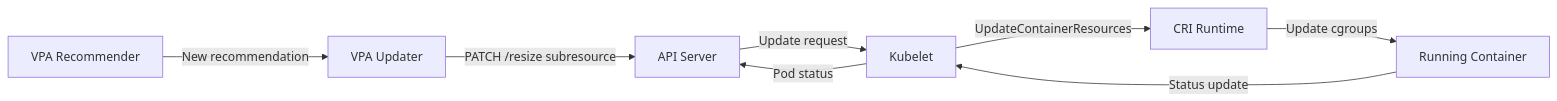
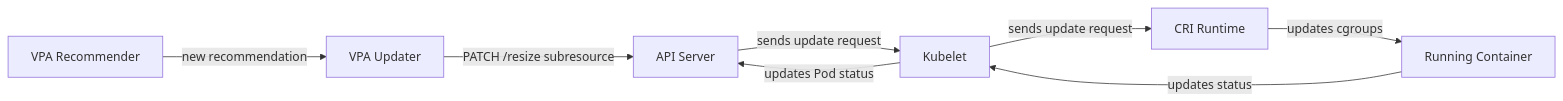
Before and after one commit to gardener/documentation: the diagram in website/blog/2026/05/05-19-in-place-pod-resource-updates.md, drawn with Mermaid. The commit also changed other lines of this file, not shown here.

First line of the commit message:
chore(blog/vpa): update Vertical Pod Autoscaler update mode migration section

````diff
--- a/website/blog/2026/05/05-19-in-place-pod-resource-updates.md
+++ b/website/blog/2026/05/05-19-in-place-pod-resource-updates.md
@@ -54,10 +54,10 @@
 ```mermaid
 graph LR
-    A[VPA Recommender] -->|New recommendation| B[VPA Updater]
+    A[VPA Recommender] -->|new recommendation| B[VPA Updater]
     B -->|PATCH /resize subresource| C[API Server]
-    C -->|Update request| D[Kubelet]
-    D -->|UpdateContainerResources| E[CRI Runtime]
-    E -->|Update cgroups| F[Running Container]
-    F -->|Status update| D
-    D -->|Pod status| C
+    C -->|sends update request| D[Kubelet]
+    D -->|sends update request| E[CRI Runtime]
+    E -->|updates cgroups| F[Running Container]
+    F -->|updates status| D
+    D -->|updates Pod status| C
 ```
````
